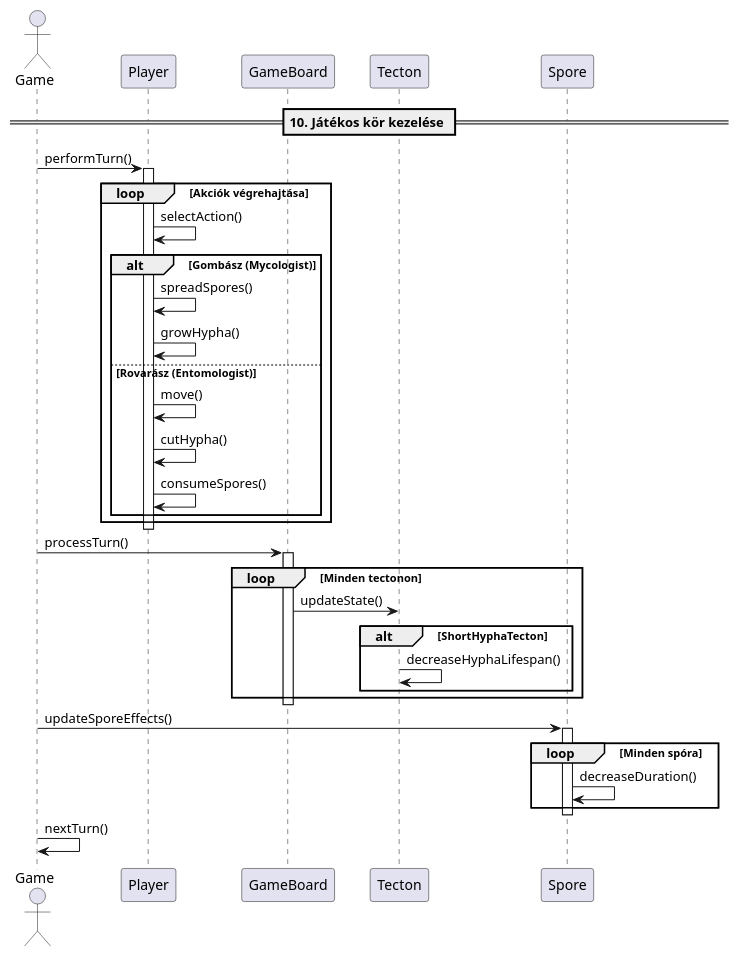
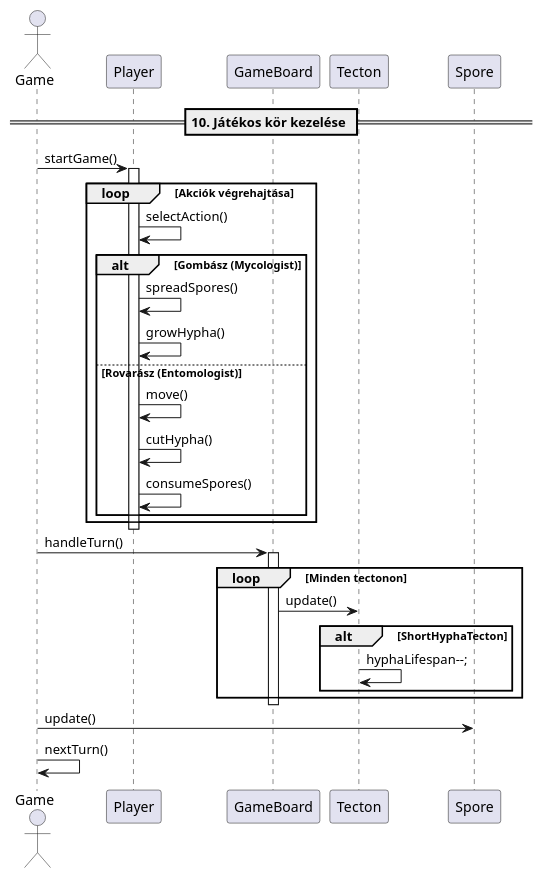
One commit to hujberhunor/SzomiSztegoProjlab changed the diagram in UML/Sequence/Turn-kezeles.plantuml. Above: the diagram before and after it, drawn with PlantUML. The commit also changed 3 other files, not shown here.

```diff
--- a/UML/Sequence/Turn-kezeles.plantuml
+++ b/UML/Sequence/Turn-kezeles.plantuml
@@ -1,46 +1,42 @@
 @startuml
 
 == 10. Játékos kör kezelése ==
 actor Game
 participant Player
 participant GameBoard
 participant Tecton
 participant Spore
 
-Game -> Player: performTurn()
+Game -> Player: startGame()
 activate Player
 
 loop Akciók végrehajtása
     Player -> Player: selectAction()
     alt Gombász (Mycologist)
         Player -> Player: spreadSpores()
         Player -> Player: growHypha()
     else Rovarász (Entomologist)
         Player -> Player: move()
         Player -> Player: cutHypha()
         Player -> Player: consumeSpores()
     end
 end
 
 deactivate Player
 
-Game -> GameBoard: processTurn()
+Game -> GameBoard: handleTurn()
 activate GameBoard
 loop Minden tectonon
-    GameBoard -> Tecton: updateState()
+    GameBoard -> Tecton: update()
     alt ShortHyphaTecton
-        Tecton -> Tecton: decreaseHyphaLifespan()
+        Tecton -> Tecton: hyphaLifespan--;
     end
 end
 deactivate GameBoard
 
-Game -> Spore: updateSporeEffects()
-activate Spore
-loop Minden spóra
-    Spore -> Spore: decreaseDuration()
-end
+Game -> Spore: update()
 deactivate Spore
 
 Game -> Game: nextTurn()
 
 @enduml
```
